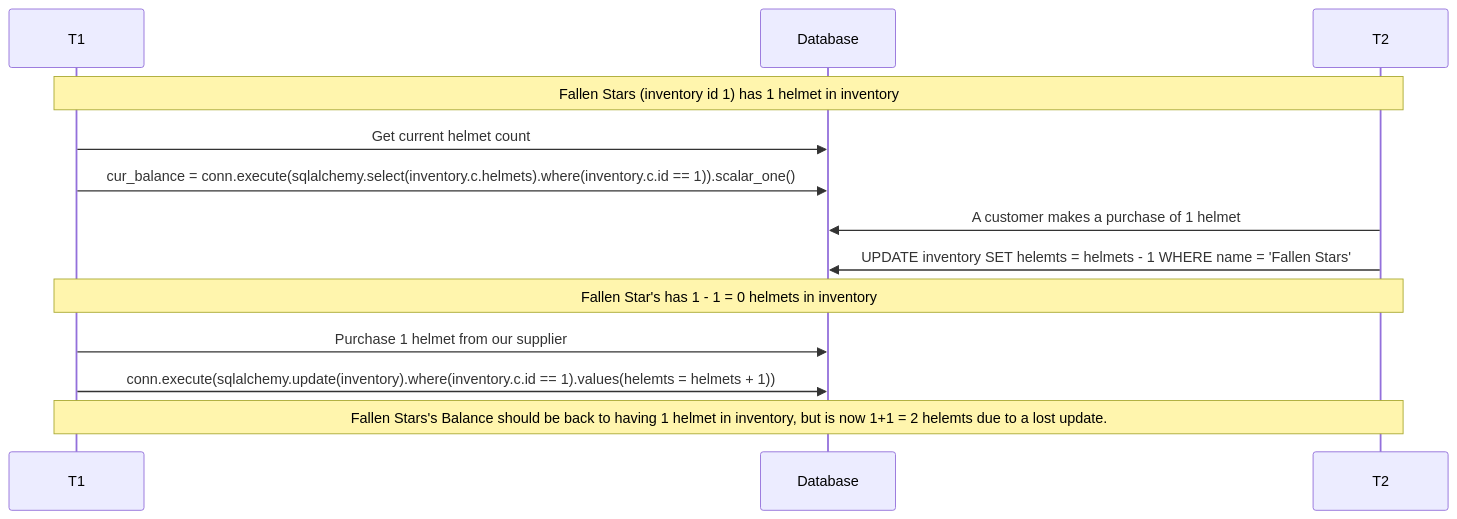
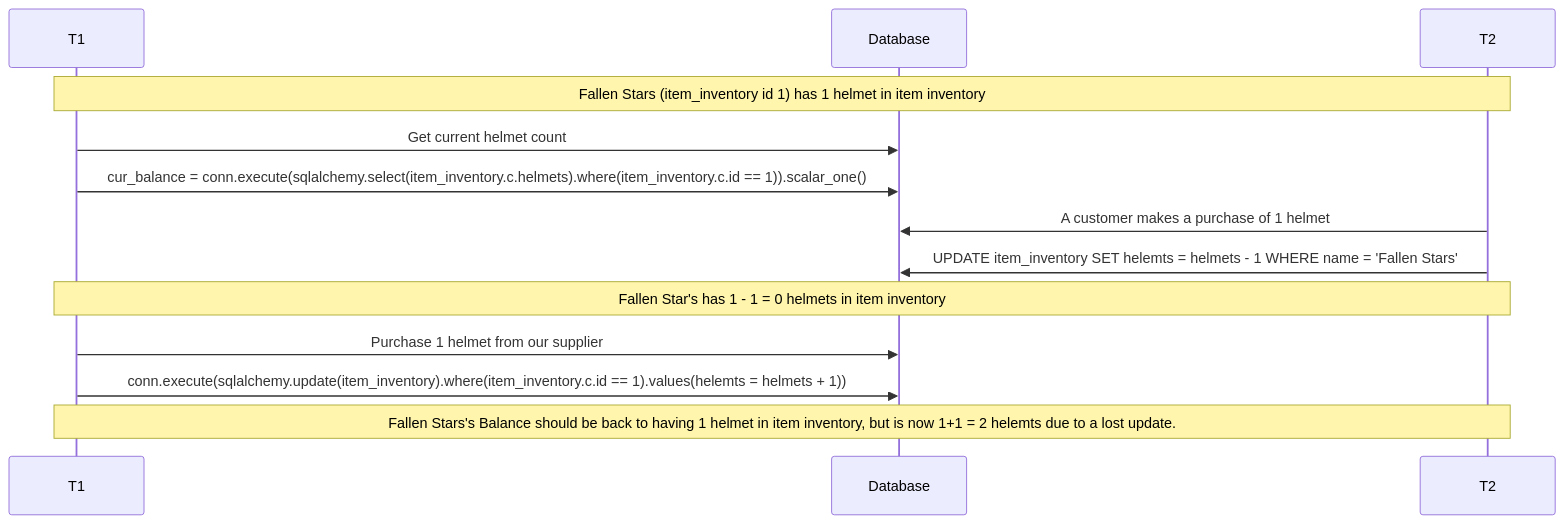
The second of 3 diagrams in docs/concurrency.md (irwinj22/FallenStars), drawn with Mermaid before and after one commit. The commit also changed other lines of this file, not shown here.

````diff
--- a/docs/concurrency.md
+++ b/docs/concurrency.md
@@ -25,15 +25,15 @@
 ```mermaid
 sequenceDiagram
     participant T1
     participant Database
     participant T2
-    Note over T1, T2: Fallen Stars (inventory id 1) has 1 helmet in inventory
+    Note over T1, T2: Fallen Stars (item_inventory id 1) has 1 helmet in item inventory
     T1->>Database: Get current helmet count
-    T1->>Database: cur_balance = conn.execute(sqlalchemy.select(inventory.c.helmets).where(inventory.c.id == 1)).scalar_one();
+    T1->>Database: cur_balance = conn.execute(sqlalchemy.select(item_inventory.c.helmets).where(item_inventory.c.id == 1)).scalar_one();
     T2->>Database: A customer makes a purchase of 1 helmet
-    T2->>Database: UPDATE inventory SET helemts = helmets - 1 WHERE name = 'Fallen Stars'
-    Note over T1, T2: Fallen Star's has 1 - 1 = 0 helmets in inventory
+    T2->>Database: UPDATE item_inventory SET helemts = helmets - 1 WHERE name = 'Fallen Stars'
+    Note over T1, T2: Fallen Star's has 1 - 1 = 0 helmets in item inventory
     T1->>Database: Purchase 1 helmet from our supplier
-    T1->>Database: conn.execute(sqlalchemy.update(inventory).where(inventory.c.id == 1).values(helemts = helmets + 1))
-    Note over T1, T2: Fallen Stars's Balance should be back to having 1 helmet in inventory, but is now 1+1 = 2 helemts due to a lost update.
+    T1->>Database: conn.execute(sqlalchemy.update(item_inventory).where(item_inventory.c.id == 1).values(helemts = helmets + 1))
+    Note over T1, T2: Fallen Stars's Balance should be back to having 1 helmet in item inventory, but is now 1+1 = 2 helemts due to a lost update.
 ```
````
